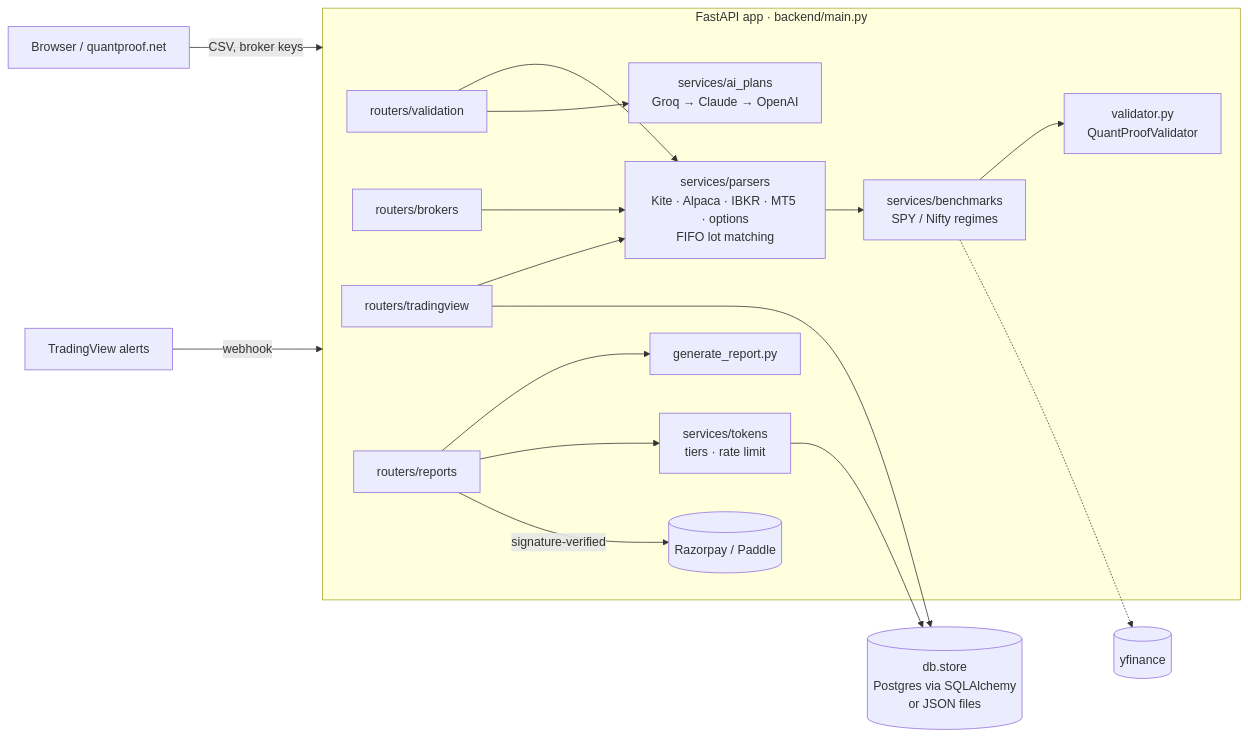
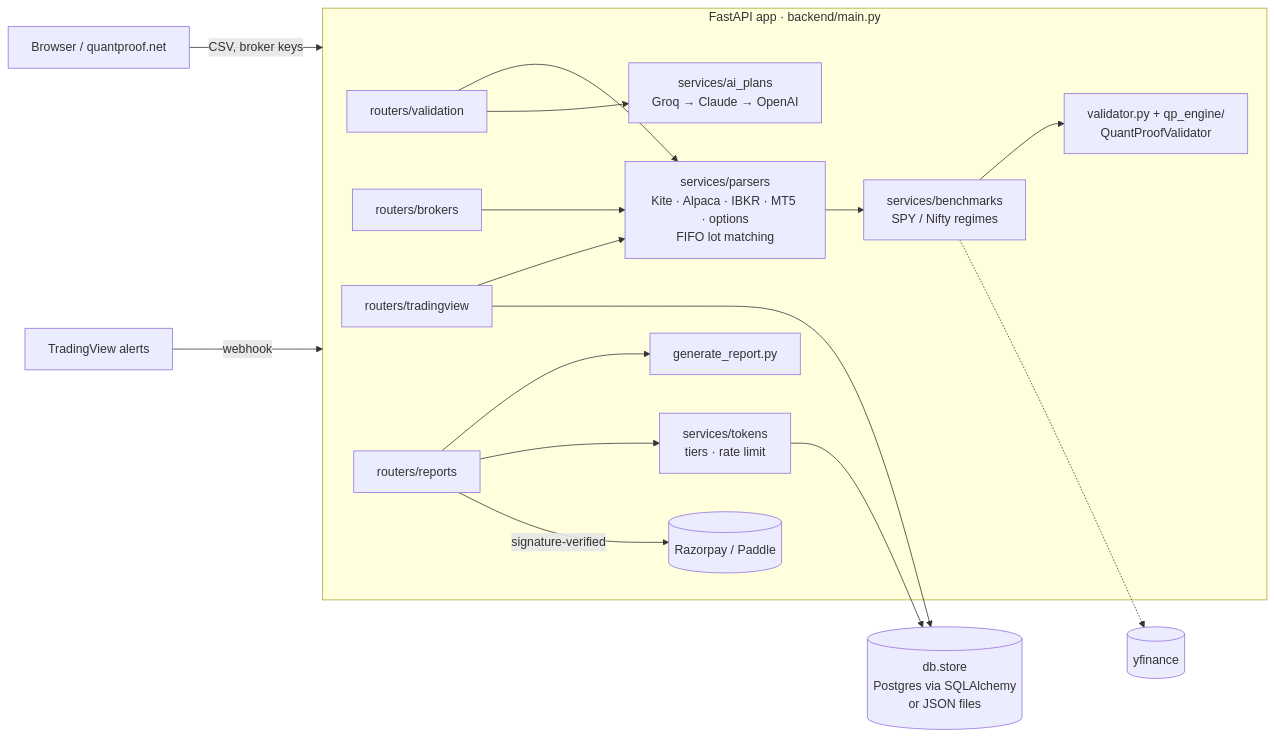
The diagram in README.md (hardik656/quantproof), drawn with Mermaid before and after one commit. The commit also changed other lines of this file and 9 other files, not shown here.

````diff
--- a/README.md
+++ b/README.md
@@ -28,19 +28,19 @@
 ```mermaid
 flowchart LR
     U[Browser / quantproof.net] -->|CSV, broker keys| API
     TV[TradingView alerts] -->|webhook| API
     subgraph API[FastAPI app · backend/main.py]
         R1[routers/validation] --> P[services/parsers<br/>Kite · Alpaca · IBKR · MT5 · options<br/>FIFO lot matching]
         R2[routers/brokers] --> P
         R5[routers/tradingview] --> P
         P --> B[services/benchmarks<br/>SPY / Nifty regimes]
-        B --> V[validator.py<br/>QuantProofValidator]
+        B --> V[validator.py + qp_engine/<br/>QuantProofValidator]
         R1 --> AI[services/ai_plans<br/>Groq → Claude → OpenAI]
         R3[routers/reports] --> PDF[generate_report.py]
         R3 --> T[services/tokens<br/>tiers · rate limit]
         R3 -->|signature-verified| PAY[(Razorpay / Paddle)]
     end
     T --> S[(db.store<br/>Postgres via SQLAlchemy<br/>or JSON files)]
     R5 --> S
     B -.-> YF[(yfinance)]
 ```
````
